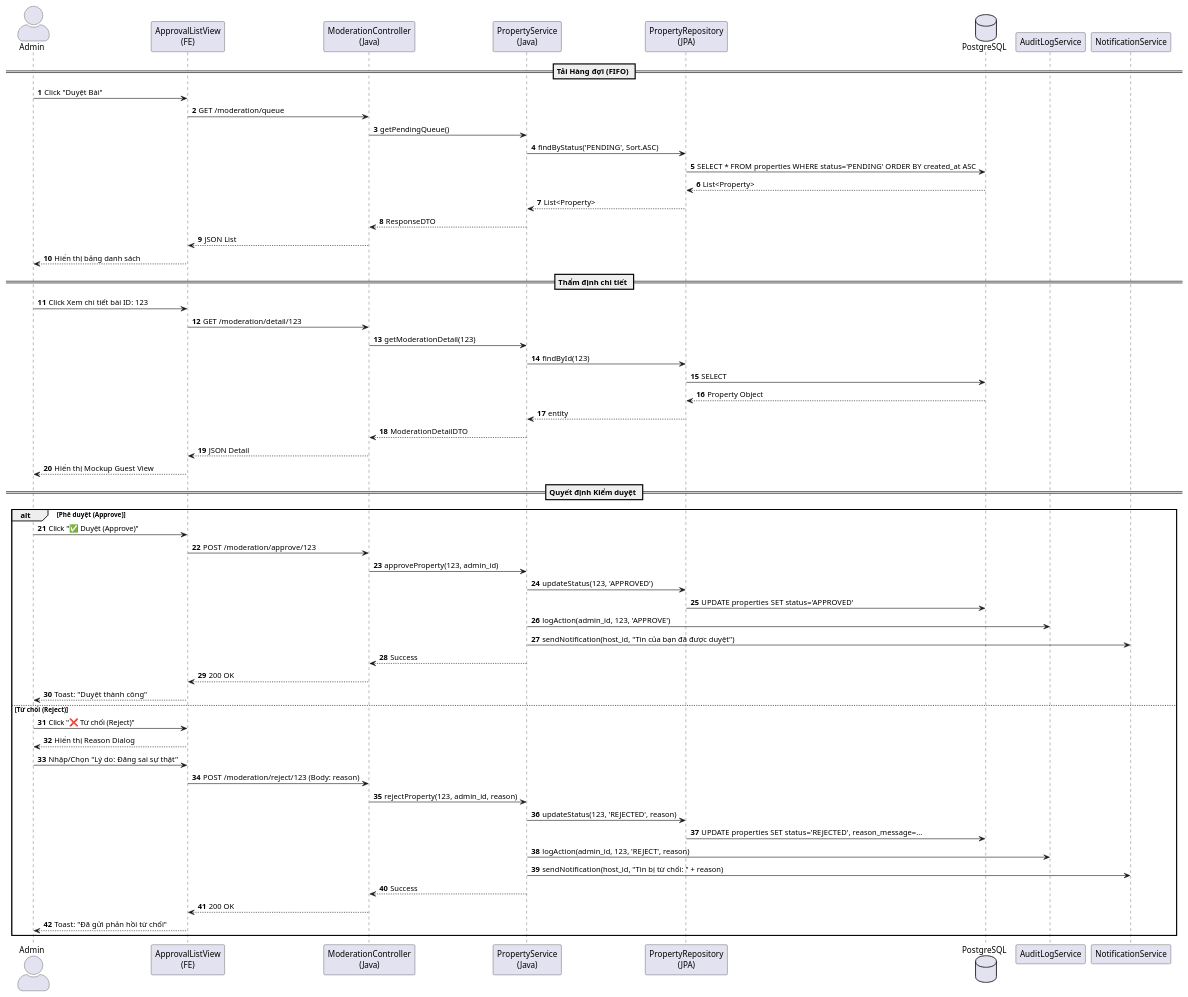
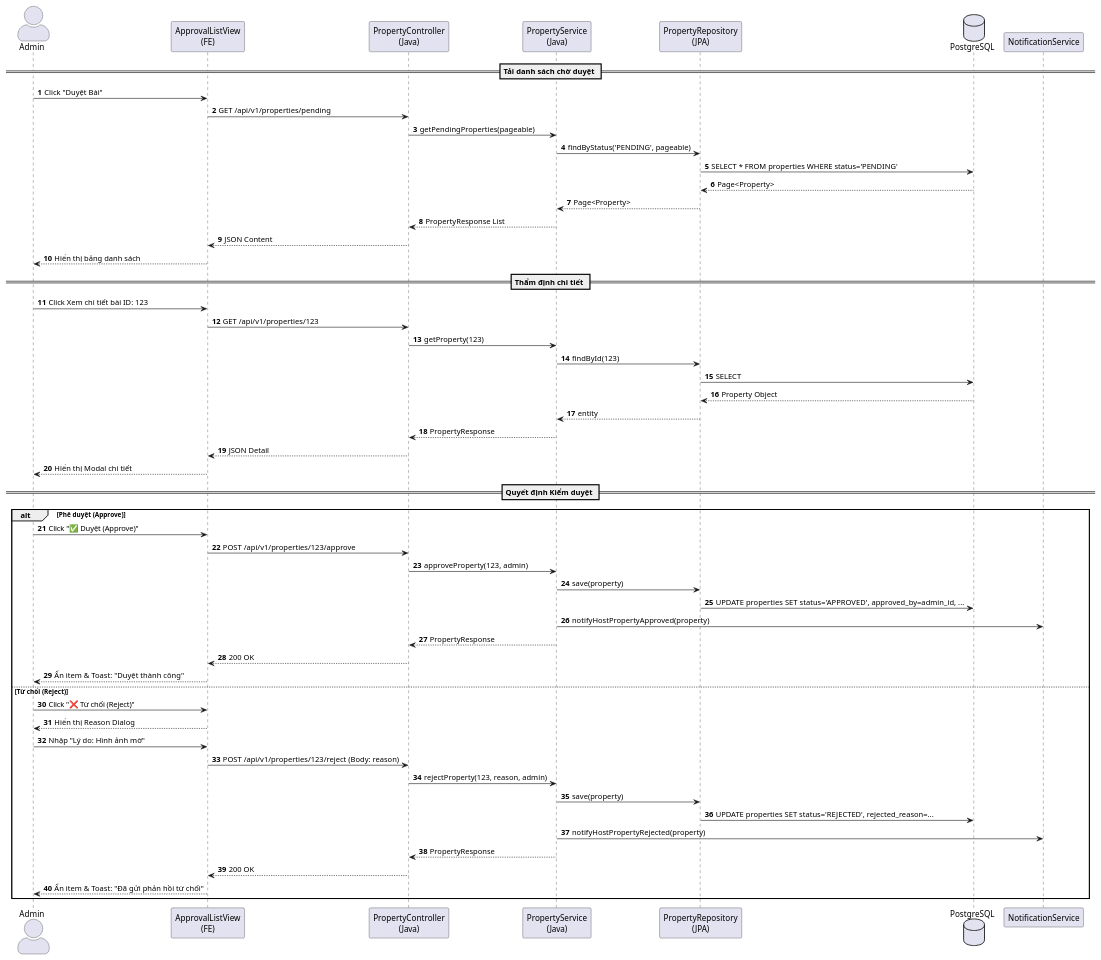
Before and after one commit to chishiya2309/LeaseLink-Backend: the diagram in src/main/java/vn/hcmute/edu/lequanghung_nguyenthaibao/backend/uml/UC06_KiemDuyetTinDang/UC06_KiemDuyetTinDang_Sequence.puml, drawn with PlantUML. The commit also changed 8 other files, not shown here.

```diff
--- a/src/main/java/vn/hcmute/edu/lequanghung_nguyenthaibao/backend/uml/UC06_KiemDuyetTinDang/UC06_KiemDuyetTinDang_Sequence.puml
+++ b/src/main/java/vn/hcmute/edu/lequanghung_nguyenthaibao/backend/uml/UC06_KiemDuyetTinDang/UC06_KiemDuyetTinDang_Sequence.puml
@@ -1,65 +1,63 @@
 @startuml
 skinparam actorStyle awesome
 autonumber
 
 actor Admin
 participant "ApprovalListView\n(FE)" as FE
-participant "ModerationController\n(Java)" as Controller
+participant "ApprovalListView\n(FE)" as FE
+participant "PropertyController\n(Java)" as Controller
 participant "PropertyService\n(Java)" as Service
 participant "PropertyRepository\n(JPA)" as Repo
 database "PostgreSQL" as DB
-participant "AuditLogService" as Audit
 participant "NotificationService" as Notify
 
-== Tải Hàng đợi (FIFO) ==
+== Tải danh sách chờ duyệt ==
 Admin -> FE : Click "Duyệt Bài"
-FE -> Controller : GET /moderation/queue
-Controller -> Service : getPendingQueue()
-Service -> Repo : findByStatus('PENDING', Sort.ASC)
-Repo -> DB : SELECT * FROM properties WHERE status='PENDING' ORDER BY created_at ASC
-DB --> Repo : List<Property>
-Repo --> Service : List<Property>
-Service --> Controller : ResponseDTO
-Controller --> FE : JSON List
+FE -> Controller : GET /api/v1/properties/pending
+Controller -> Service : getPendingProperties(pageable)
+Service -> Repo : findByStatus('PENDING', pageable)
+Repo -> DB : SELECT * FROM properties WHERE status='PENDING'
+DB --> Repo : Page<Property>
+Repo --> Service : Page<Property>
+Service --> Controller : PropertyResponse List
+Controller --> FE : JSON Content
 FE --> Admin : Hiển thị bảng danh sách
 
 == Thẩm định chi tiết ==
 Admin -> FE : Click Xem chi tiết bài ID: 123
-FE -> Controller : GET /moderation/detail/123
-Controller -> Service : getModerationDetail(123)
+FE -> Controller : GET /api/v1/properties/123
+Controller -> Service : getProperty(123)
 Service -> Repo : findById(123)
 Repo -> DB : SELECT
 DB --> Repo : Property Object
 Repo --> Service : entity
-Service --> Controller : ModerationDetailDTO
+Service --> Controller : PropertyResponse
 Controller --> FE : JSON Detail
-FE --> Admin : Hiển thị Mockup Guest View
+FE --> Admin : Hiển thị Modal chi tiết
 
 == Quyết định Kiểm duyệt ==
 alt Phê duyệt (Approve)
     Admin -> FE : Click "✅ Duyệt (Approve)"
-    FE -> Controller : POST /moderation/approve/123
-    Controller -> Service : approveProperty(123, admin_id)
-    Service -> Repo : updateStatus(123, 'APPROVED')
-    Repo -> DB : UPDATE properties SET status='APPROVED'
-    Service -> Audit : logAction(admin_id, 123, 'APPROVE')
-    Service -> Notify : sendNotification(host_id, "Tin của bạn đã được duyệt")
-    Service --> Controller : Success
+    FE -> Controller : POST /api/v1/properties/123/approve
+    Controller -> Service : approveProperty(123, admin)
+    Service -> Repo : save(property)
+    Repo -> DB : UPDATE properties SET status='APPROVED', approved_by=admin_id, ...
+    Service -> Notify : notifyHostPropertyApproved(property)
+    Service --> Controller : PropertyResponse
     Controller --> FE : 200 OK
-    FE --> Admin : Toast: "Duyệt thành công"
+    FE --> Admin : Ẩn item & Toast: "Duyệt thành công"
 else Từ chối (Reject)
     Admin -> FE : Click "❌ Từ chối (Reject)"
     FE --> Admin : Hiển thị Reason Dialog
-    Admin -> FE : Nhập/Chọn "Lý do: Đăng sai sự thật"
-    FE -> Controller : POST /moderation/reject/123 (Body: reason)
-    Controller -> Service : rejectProperty(123, admin_id, reason)
-    Service -> Repo : updateStatus(123, 'REJECTED', reason)
-    Repo -> DB : UPDATE properties SET status='REJECTED', reason_message=...
-    Service -> Audit : logAction(admin_id, 123, 'REJECT', reason)
-    Service -> Notify : sendNotification(host_id, "Tin bị từ chối: " + reason)
-    Service --> Controller : Success
+    Admin -> FE : Nhập "Lý do: Hình ảnh mờ"
+    FE -> Controller : POST /api/v1/properties/123/reject (Body: reason)
+    Controller -> Service : rejectProperty(123, reason, admin)
+    Service -> Repo : save(property)
+    Repo -> DB : UPDATE properties SET status='REJECTED', rejected_reason=...
+    Service -> Notify : notifyHostPropertyRejected(property)
+    Service --> Controller : PropertyResponse
     Controller --> FE : 200 OK
-    FE --> Admin : Toast: "Đã gửi phản hồi từ chối"
+    FE --> Admin : Ẩn item & Toast: "Đã gửi phản hồi từ chối"
 end
 
 @enduml
```
